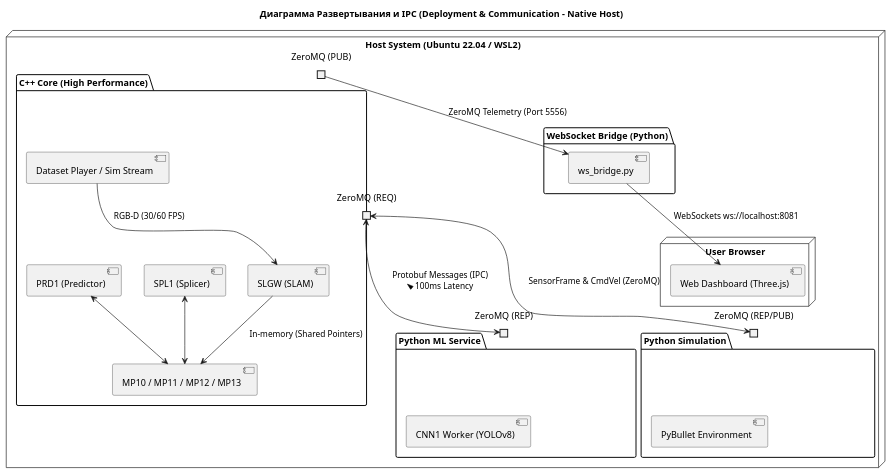
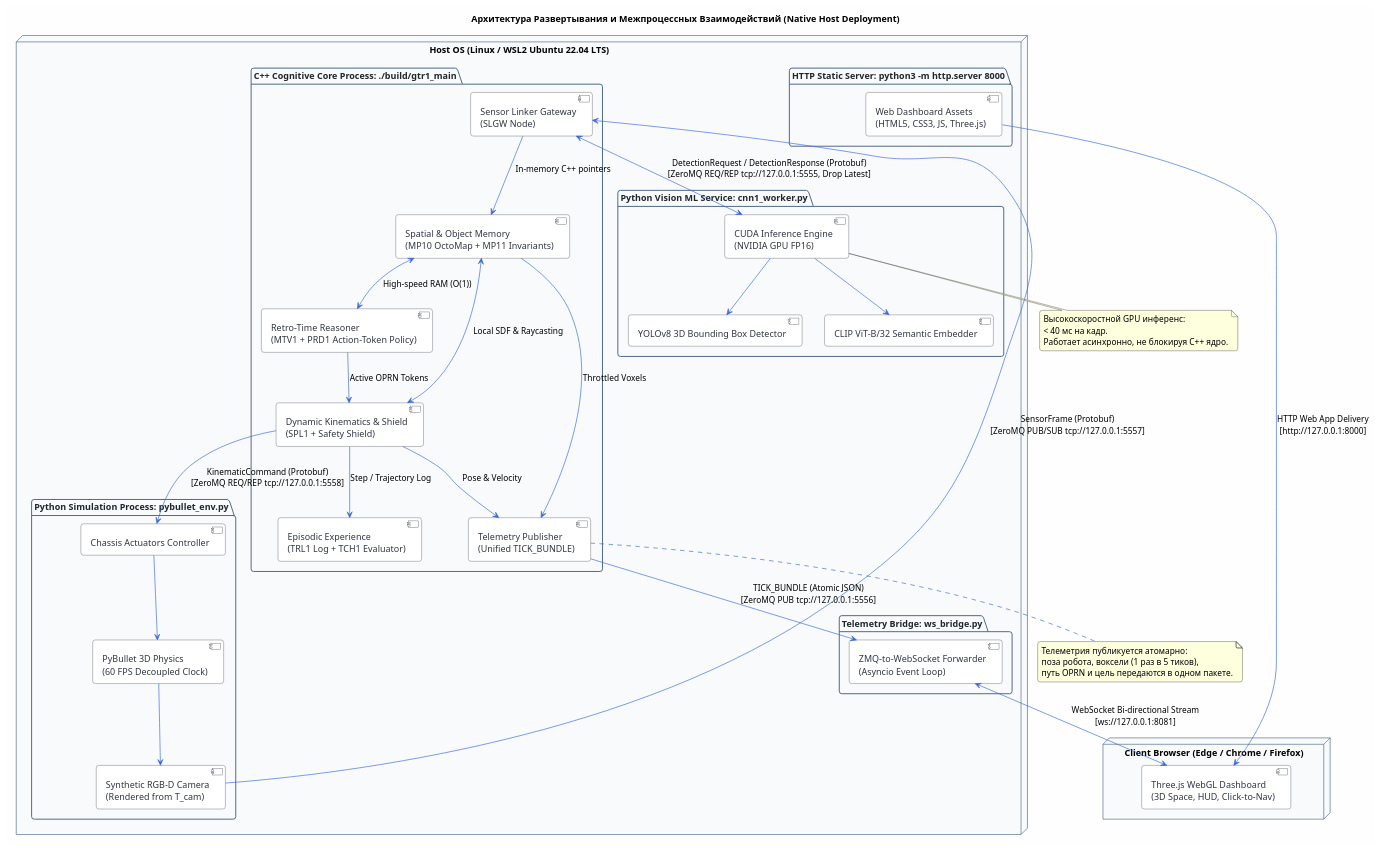
The diagram in 01_architecture/deployment.puml (hedeks/demonstration_GTR1), drawn with PlantUML before and after one commit. The commit also changed 10 other files, not shown here.

First line of the commit message:
docs(architecture): end-to-end target cognitive architecture specification & legacy docs cleanup

```diff
--- a/01_architecture/deployment.puml
+++ b/01_architecture/deployment.puml
@@ -1,45 +1,96 @@
 @startuml Deployment_Architecture
-skinparam nodeBackgroundColor white
+skinparam nodeBackgroundColor #FFFFFF
 skinparam componentStyle uml2
+skinparam backgroundColor #FEFEFE
+skinparam defaultFontName sans-serif
+skinparam roundcorner 8
 
-title Диаграмма Развертывания и IPC (Deployment & Communication - Native Host)
+skinparam package {
+  BackgroundColor #F9FAFB
+  BorderColor #4B6584
+  FontColor #1E272C
+  FontStyle bold
+}
 
-node "Host System (Ubuntu 22.04 / WSL2)" {
+skinparam component {
+  BackgroundColor #FFFFFF
+  BorderColor #2F3542
+  FontColor #2F3542
+  ArrowColor #3867D6
+}
+
+title Архитектура Развертывания и Межпроцессных Взаимодействий (Native Host Deployment)
+
+node "Host OS (Linux / WSL2 Ubuntu 22.04 LTS)" {
   
-  package "C++ Core (High Performance)" {
-    [Dataset Player / Sim Stream] --> [SLGW (SLAM)] : RGB-D (30/60 FPS)
-    [SLGW (SLAM)] --> [MP10 / MP11 / MP12 / MP13] : In-memory (Shared Pointers)
-    [SPL1 (Splicer)] <--> [MP10 / MP11 / MP12 / MP13]
-    [PRD1 (Predictor)] <--> [MP10 / MP11 / MP12 / MP13]
+  package "C++ Cognitive Core Process: ./build/gtr1_main" {
+    component "Sensor Linker Gateway\n(SLGW Node)" as SLGW
+    component "Spatial & Object Memory\n(MP10 OctoMap + MP11 Invariants)" as MEM
+    component "Retro-Time Reasoner\n(MTV1 + PRD1 Action-Token Policy)" as PRD
+    component "Dynamic Kinematics & Shield\n(SPL1 + Safety Shield)" as KIN
+    component "Episodic Experience\n(TRL1 Log + TCH1 Evaluator)" as TRL
+    component "Telemetry Publisher\n(Unified TICK_BUNDLE)" as TELEM
     
-    portout "ZeroMQ (REQ)" as ZMQ_REQ
-    portin "ZeroMQ (PUB)" as ZMQ_PUB
-  }
-  
-  package "Python ML Service" {
-    component "CNN1 Worker (YOLOv8)" as CNN1
-    portin "ZeroMQ (REP)" as ZMQ_REP
+    SLGW --> MEM : In-memory C++ pointers
+    MEM <--> PRD : High-speed RAM (O(1))
+    PRD --> KIN : Active OPRN Tokens
+    KIN <--> MEM : Local SDF & Raycasting
+    KIN --> TRL : Step / Trajectory Log
+    KIN --> TELEM : Pose & Velocity
+    MEM --> TELEM : Throttled Voxels
   }
 
-  package "Python Simulation" {
-    component "PyBullet Environment" as SimEnv
-    portin "ZeroMQ (REP/PUB)" as ZMQ_SIM
-  }
-  
-  ZMQ_REQ <--> ZMQ_REP : "Protobuf Messages (IPC)\n< 100ms Latency"
-  ZMQ_REQ <--> ZMQ_SIM : "SensorFrame & CmdVel (ZeroMQ)"
-  
-  package "WebSocket Bridge (Python)" {
-    component "ws_bridge.py" as WSBridge
+  package "Python Simulation Process: pybullet_env.py" {
+    component "PyBullet 3D Physics\n(60 FPS Decoupled Clock)" as SIM_PHYS
+    component "Synthetic RGB-D Camera\n(Rendered from T_cam)" as SIM_CAM
+    component "Chassis Actuators Controller" as SIM_MOTORS
+    
+    SIM_PHYS --> SIM_CAM
+    SIM_MOTORS --> SIM_PHYS
   }
 
-  ZMQ_PUB --> WSBridge : "ZeroMQ Telemetry (Port 5556)"
-  
-  node "User Browser" {
-    [Web Dashboard (Three.js)]
+  package "Python Vision ML Service: cnn1_worker.py" {
+    component "CUDA Inference Engine\n(NVIDIA GPU FP16)" as CUDA_ENG
+    component "YOLOv8 3D Bounding Box Detector" as YOLO
+    component "CLIP ViT-B/32 Semantic Embedder" as CLIP
+    
+    CUDA_ENG --> YOLO
+    CUDA_ENG --> CLIP
   }
-  
-  WSBridge --> [Web Dashboard (Three.js)] : "WebSockets ws://localhost:8081"
+
+  package "Telemetry Bridge: ws_bridge.py" {
+    component "ZMQ-to-WebSocket Forwarder\n(Asyncio Event Loop)" as WS_BRIDGE
+  }
+
+  package "HTTP Static Server: python3 -m http.server 8000" {
+    component "Web Dashboard Assets\n(HTML5, CSS3, JS, Three.js)" as HTTP_SRV
+  }
 }
 
+node "Client Browser (Edge / Chrome / Firefox)" {
+  component "Three.js WebGL Dashboard\n(3D Space, HUD, Click-to-Nav)" as UI_APP
+}
+
+' IPC Connections
+SIM_CAM --> SLGW : "SensorFrame (Protobuf)\n[ZeroMQ PUB/SUB tcp://127.0.0.1:5557]"
+KIN --> SIM_MOTORS : "KinematicCommand (Protobuf)\n[ZeroMQ REQ/REP tcp://127.0.0.1:5558]"
+
+SLGW <--> CUDA_ENG : "DetectionRequest / DetectionResponse (Protobuf)\n[ZeroMQ REQ/REP tcp://127.0.0.1:5555, Drop Latest]"
+
+TELEM --> WS_BRIDGE : "TICK_BUNDLE (Atomic JSON)\n[ZeroMQ PUB tcp://127.0.0.1:5556]"
+WS_BRIDGE <--> UI_APP : "WebSocket Bi-directional Stream\n[ws://127.0.0.1:8081]"
+HTTP_SRV --> UI_APP : "HTTP Web App Delivery\n[http://127.0.0.1:8000]"
+
+note bottom of TELEM
+  Телеметрия публикуется атомарно:
+  поза робота, воксели (1 раз в 5 тиков),
+  путь OPRN и цель передаются в одном пакете.
+end note
+
+note bottom of CUDA_ENG
+  Высокоскоростной GPU инференс:
+  < 40 мс на кадр.
+  Работает асинхронно, не блокируя C++ ядро.
+end note
+
 @enduml
```
